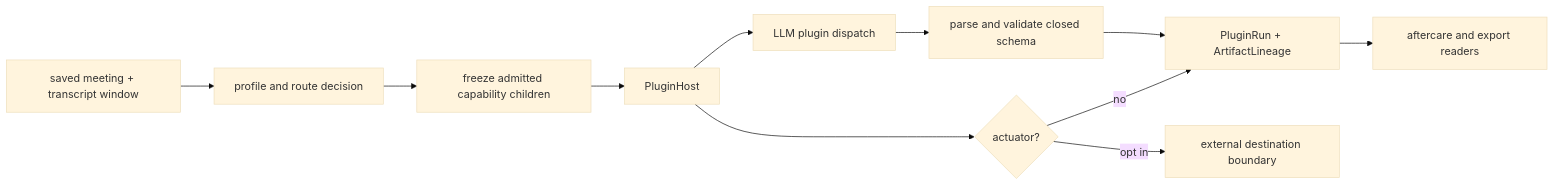
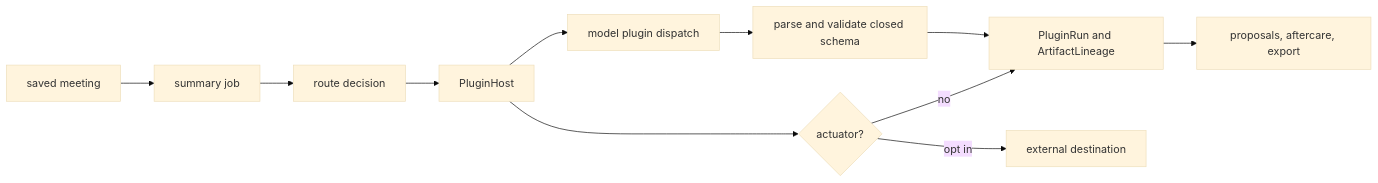
One commit to karolswdev/HoldSpeak changed the diagram in docs/MEETING_INTELLIGENCE.md. Above: the diagram before and after it, drawn with Mermaid (base theme). The commit also changed other lines of this file and 66 other files, not shown here.

````diff
--- a/docs/MEETING_INTELLIGENCE.md
+++ b/docs/MEETING_INTELLIGENCE.md
@@ -7,13 +10,13 @@
 ```mermaid
 flowchart LR
-    A[saved meeting + transcript window] --> B[profile and route decision]
-    B --> C[freeze admitted capability children]
+    A[saved meeting] --> B[summary job]
+    B --> C[route decision]
     C --> D[PluginHost]
-    D --> E[LLM plugin dispatch]
+    D --> E[model plugin dispatch]
     E --> F[parse and validate closed schema]
-    F --> G[PluginRun + ArtifactLineage]
-    G --> H[aftercare and export readers]
+    F --> G[PluginRun and ArtifactLineage]
+    G --> H[proposals, aftercare, export]
     D --> I{actuator?}
-    I -->|opt in| J[external destination boundary]
+    I -->|opt in| J[external destination]
     I -->|no| G
 ```
````
